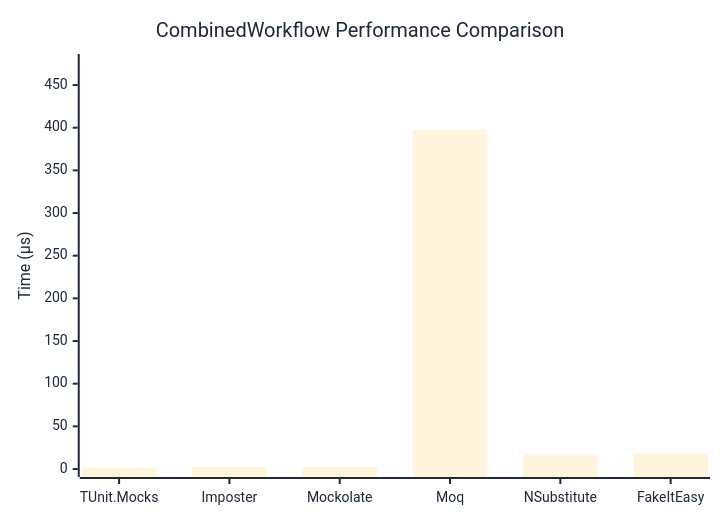
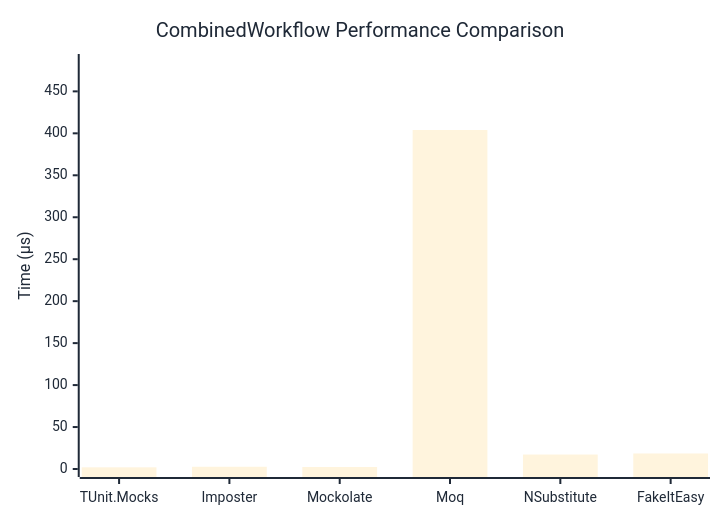
The diagram in docs/docs/benchmarks/mocks/CombinedWorkflow.md (thomhurst/TUnit), drawn with Mermaid before and after one commit. The commit also changed other lines of this file and 14 other files, not shown here.

````diff
--- a/docs/docs/benchmarks/mocks/CombinedWorkflow.md
+++ b/docs/docs/benchmarks/mocks/CombinedWorkflow.md
@@ -28,27 +28,27 @@
 ```mermaid
 %%{init: {
   'theme':'base',
   'themeVariables': {
     'primaryColor': '#2563eb',
     'primaryTextColor': '#1f2937',
     'primaryBorderColor': '#1e40af',
     'lineColor': '#6b7280',
     'secondaryColor': '#7c3aed',
     'tertiaryColor': '#dc2626',
     'background': '#ffffff',
     'pie1': '#2563eb',
     'pie2': '#7c3aed',
     'pie3': '#dc2626',
     'pie4': '#f59e0b',
     'pie5': '#10b981',
     'pie6': '#06b6d4',
     'pie7': '#ec4899',
     'pie8': '#6366f1'
   }
 }}%%
 xychart-beta
   title "CombinedWorkflow Performance Comparison"
   x-axis ["TUnit.Mocks", "Imposter", "Mockolate", "Moq", "NSubstitute", "FakeItEasy"]
-  y-axis "Time (μs)" 0 --> 477
-  bar [1.938, 2.529, 2.338, 397.211, 17.121, 18.018]
+  y-axis "Time (μs)" 0 --> 485
+  bar [1.981, 2.654, 2.375, 403.932, 17.228, 18.489]
 ```
````
